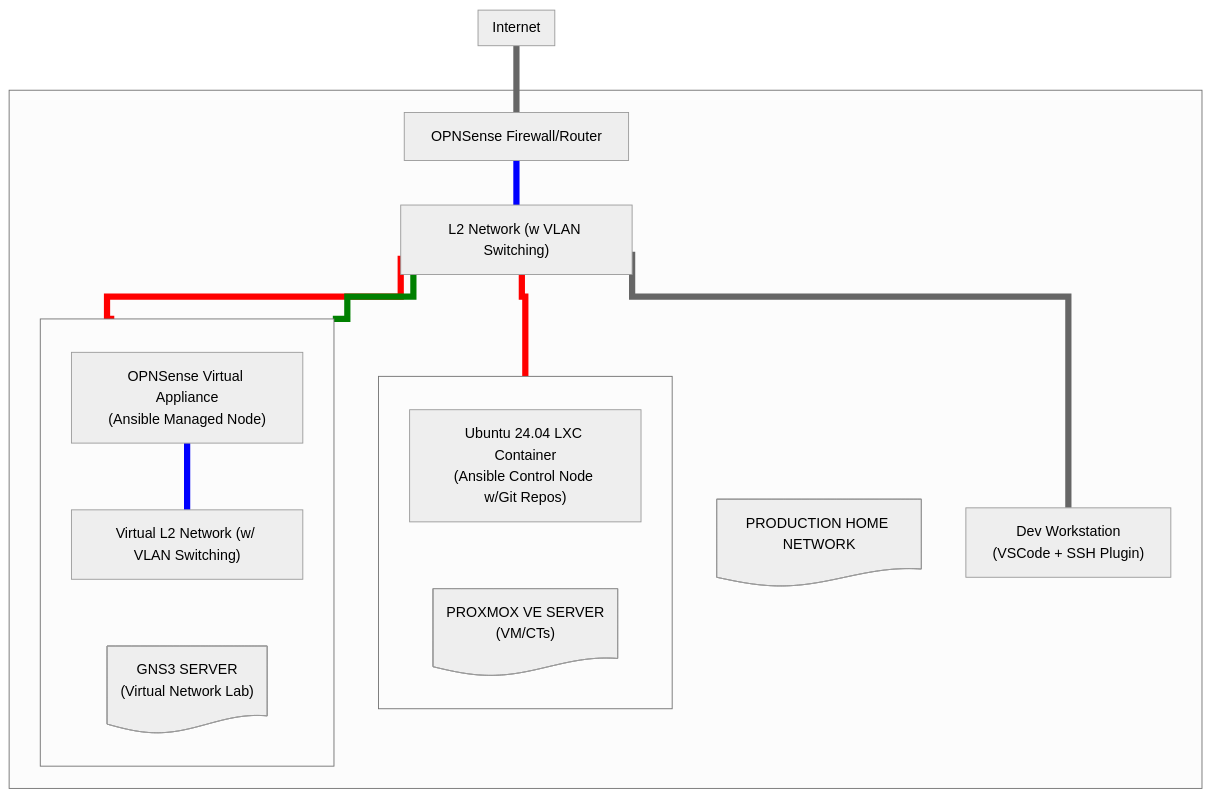
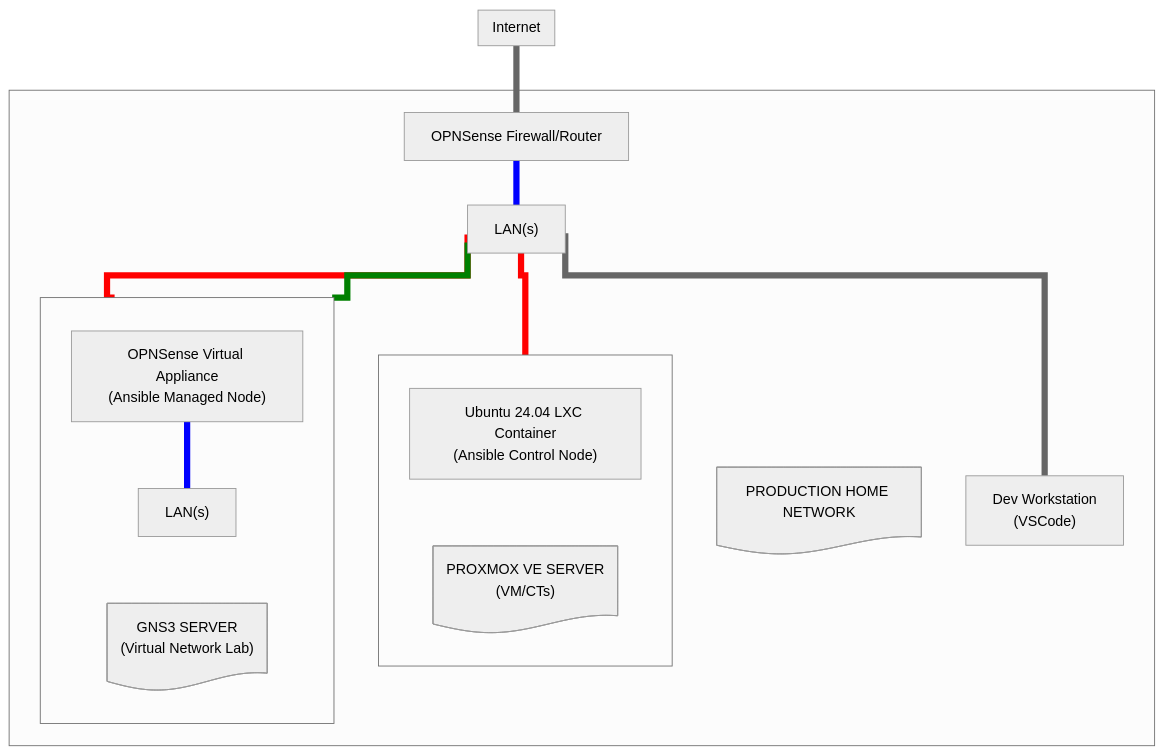
Before and after one commit to drinferno2001/HOME_NETWORK_AUTOMATION_WIKI: the diagram in docs/env_setup/index.md, drawn with Mermaid (neutral theme).

Commit message:
Network Diagram: Adjusted wording of switching-nodes (to simplify it) and removed extraneous information (that will be detailed in markdown directly).

```diff
--- a/docs/env_setup/index.md
+++ b/docs/env_setup/index.md
@@ -25,17 +25,17 @@
     %% Define Production Home Network Nodes
 
     PRD_OPNSense["OPNSense Firewall/Router"]
-    PRD_Switching["L2 Network (w VLAN Switching)"]
-    DEV_Workstation["Dev Workstation<br/>(VSCode + SSH Plugin)"]
+    PRD_Switching["LAN(s)"]
+    DEV_Workstation["Dev Workstation<br/>(VSCode)"]
 
     %% Define Proxmox Server Nodes
 
-    PVE_LXC["Ubuntu 24.04 LXC Container<br/>(Ansible Control Node w/Git Repos)"]
+    PVE_LXC["Ubuntu 24.04 LXC Container<br/>(Ansible Control Node)"]
 
     %% Define GNS3 Server Nodes
 
     VIRT_OPNSense["OPNSense Virtual Appliance<br/>(Ansible Managed Node)"]
-    VIRT_Switching["Virtual L2 Network (w/ VLAN Switching)"]
+    VIRT_Switching["LAN(s)"]
 
     %%%%%%%%%%%%%%%%%%%%%%%%%%%%%%%%
     %% DEFINE SUBGRAPH STRUCTURES %%
```
